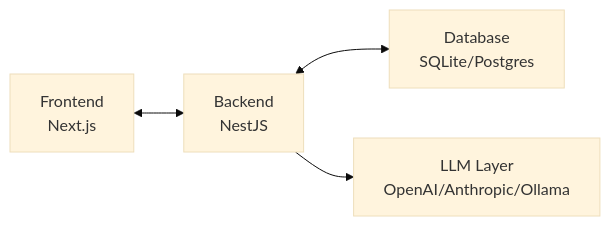
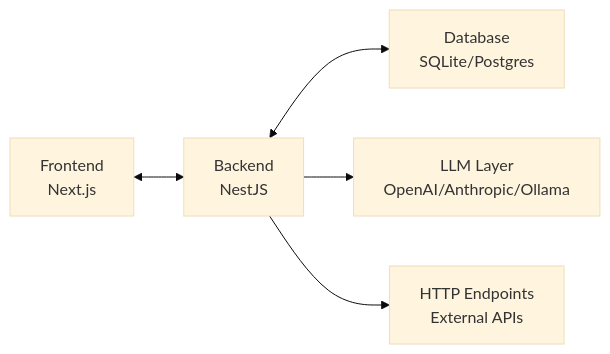
One commit to jddunn/full-stack-eval-harness changed the first of 7 diagrams in ARCHITECTURE.md. Above: the diagram before and after it, drawn with Mermaid (base theme). The commit also changed other lines of this file and 1 other file, not shown here.

````diff
--- a/ARCHITECTURE.md
+++ b/ARCHITECTURE.md
@@ -11,6 +11,7 @@
 ```mermaid
 graph LR
     A[Frontend<br/>Next.js] <--> B[Backend<br/>NestJS]
     B <--> C[Database<br/>SQLite/Postgres]
     B --> D[LLM Layer<br/>OpenAI/Anthropic/Ollama]
+    B --> E[HTTP Endpoints<br/>External APIs]
 ```
````
